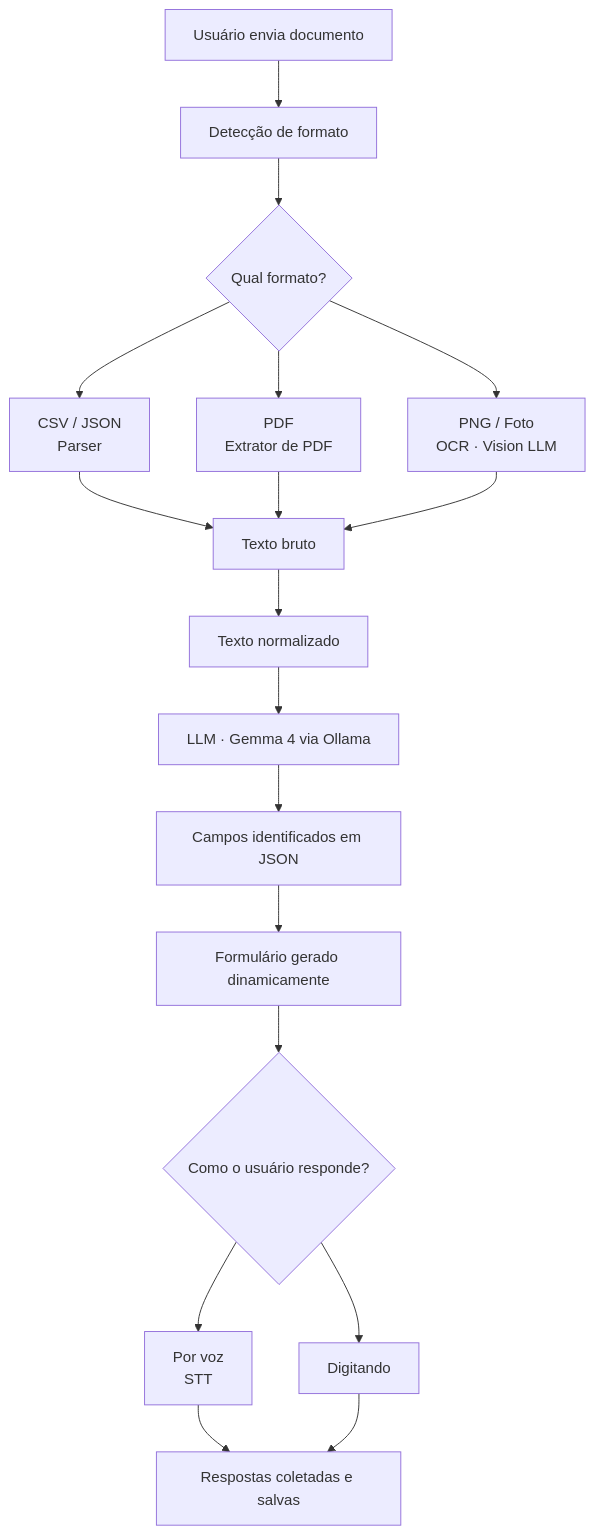
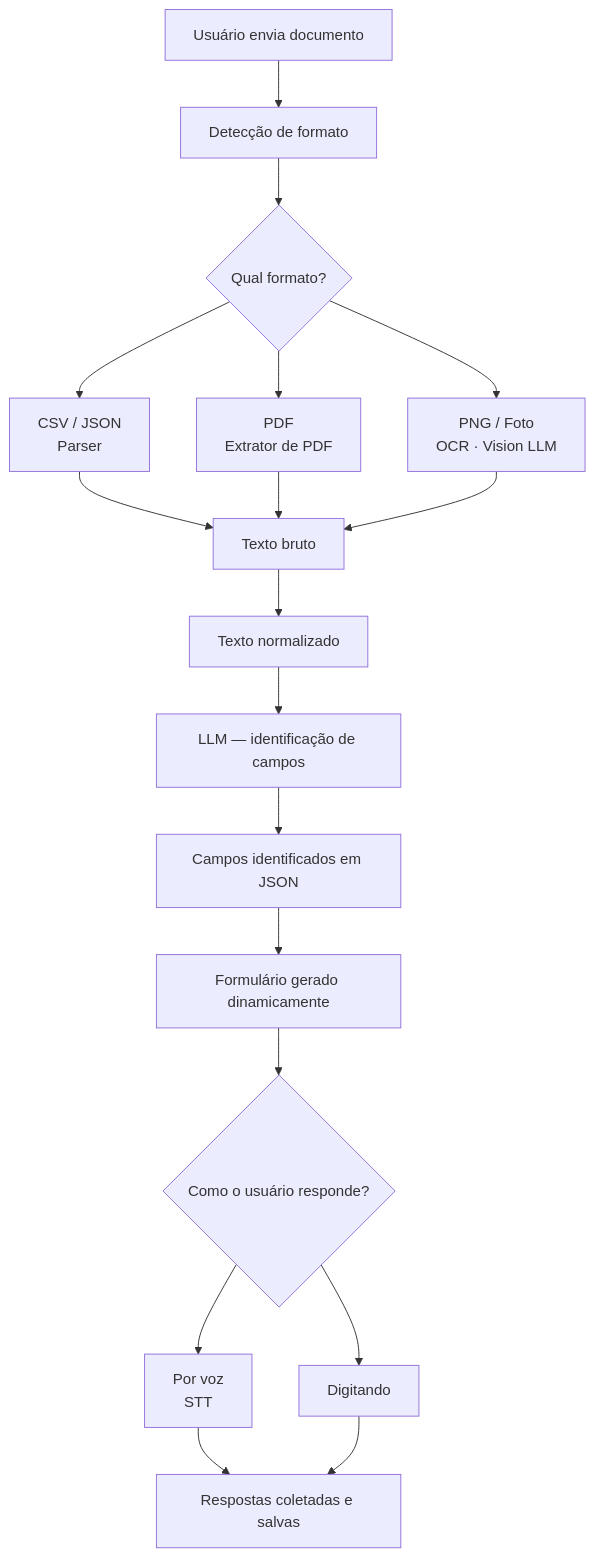
Before and after one commit to Projetos-Lapsi-UFCG/falatexto-pwa: the diagram in frontend/README.md, drawn with Mermaid. The commit also changed other lines of this file and 71 other files, not shown here.

````diff
--- a/frontend/README.md
+++ b/frontend/README.md
@@ -56,20 +54,20 @@
 ```mermaid
 flowchart TD
     A[Usuário envia documento] --> B[Detecção de formato]
     B --> C{Qual formato?}
     C --> D[CSV / JSON\nParser]
     C --> E[PDF\nExtrator de PDF]
     C --> F[PNG / Foto\nOCR · Vision LLM]
     D --> G[Texto bruto]
     E --> G
     F --> G
     G --> H[Texto normalizado]
-    H --> I[LLM · Gemma 4 via Ollama]
+    H --> I[LLM — identificação de campos]
     I --> J[Campos identificados em JSON]
     J --> K[Formulário gerado dinamicamente]
     K --> L{Como o usuário responde?}
     L --> M[Por voz\nSTT]
     L --> N[Digitando]
     M --> O[Respostas coletadas e salvas]
     N --> O
 ```
````
